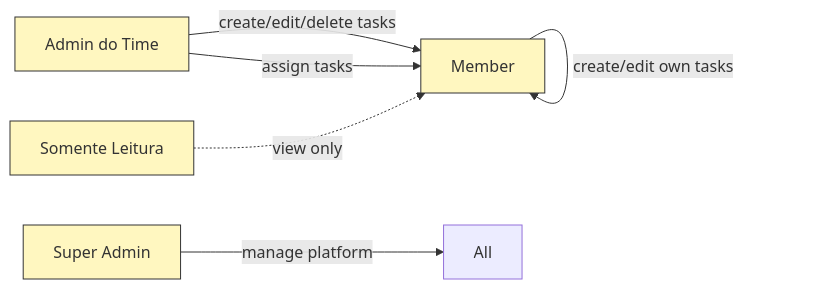
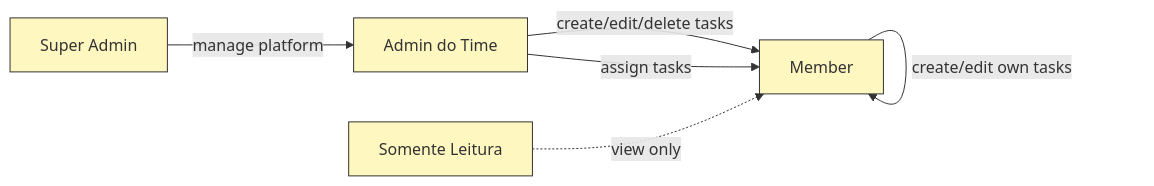
The sixth of 7 diagrams in docs/Tarefix.md (EduardoReis2020/Tarefix), drawn with Mermaid before and after one commit. The commit also changed other lines of this file, not shown here.

````diff
--- a/docs/Tarefix.md
+++ b/docs/Tarefix.md
@@ -273,16 +273,16 @@
 ```mermaid
 flowchart LR
-  AdminApp[Super Admin]
-  TeamAdmin[Admin do Time]
-  Member[Member]
-  ReadOnly[Somente Leitura]
+  AdminApp["Super Admin"]
+  TeamAdmin["Admin do Time"]
+  Member["Member"]
+  ReadOnly["Somente Leitura"]
 
-  AdminApp -->|manage platform| All
-  TeamAdmin -->|create/edit/delete tasks| Member
-  TeamAdmin -->|assign tasks| Member
-  Member -->|create/edit own tasks| Member
-  ReadOnly -.->|view only| Member
+  AdminApp -->|"manage platform"| TeamAdmin
+  TeamAdmin -->|"create/edit/delete tasks"| Member
+  TeamAdmin -->|"assign tasks"| Member  
+  Member -->|"create/edit own tasks"| Member
+  ReadOnly -.->|"view only"| Member
 
   classDef role fill:#fff7c0,stroke:#333
   class AdminApp,TeamAdmin,Member,ReadOnly role
 ```
````
